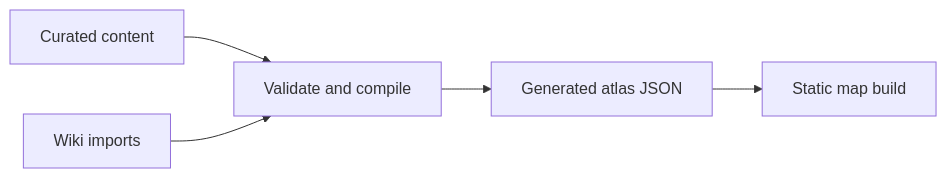
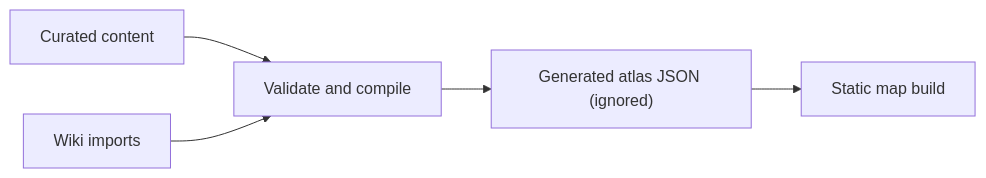
The second of 2 diagrams in docs/data-model.md (time-wasters/cod-atlas), drawn with Mermaid before and after one commit. The commit also changed other lines of this file and 16 other files, not shown here.

Commit message:
#16 Handle generated atlas data during builds

````diff
--- a/docs/data-model.md
+++ b/docs/data-model.md
@@ -160,7 +160,7 @@
 ```mermaid
 flowchart LR
   A["Curated content"] --> B["Validate and compile"]
   C["Wiki imports"] --> B
-  B --> D["Generated atlas JSON"]
+  B --> D["Generated atlas JSON (ignored)"]
   D --> E["Static map build"]
 ```
````
